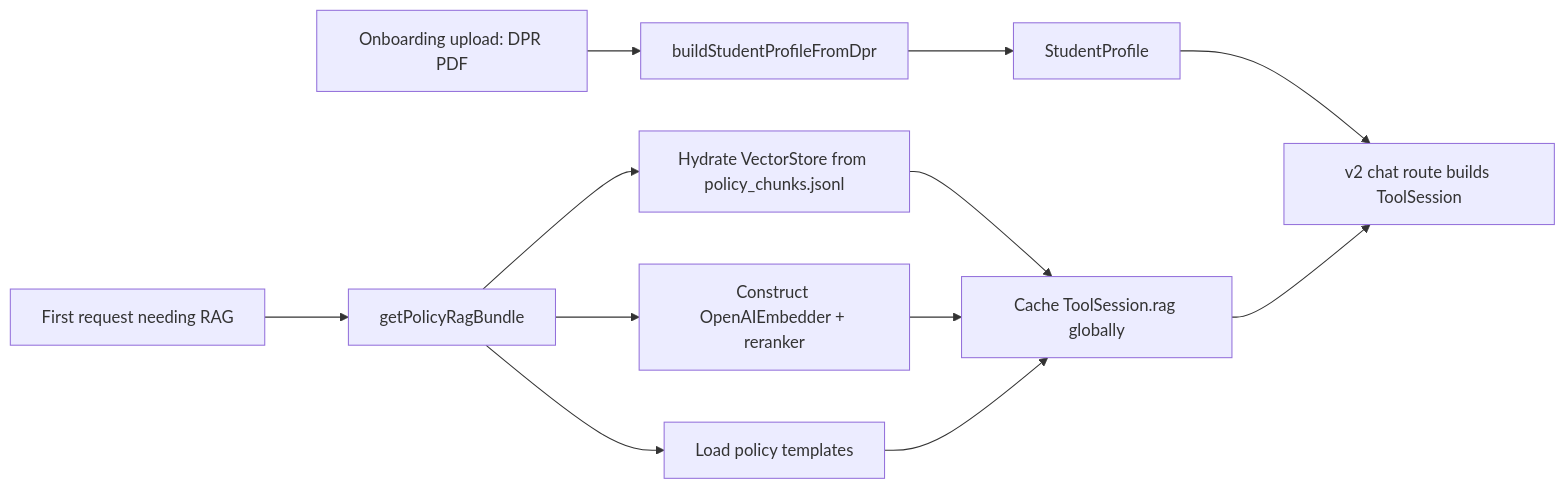
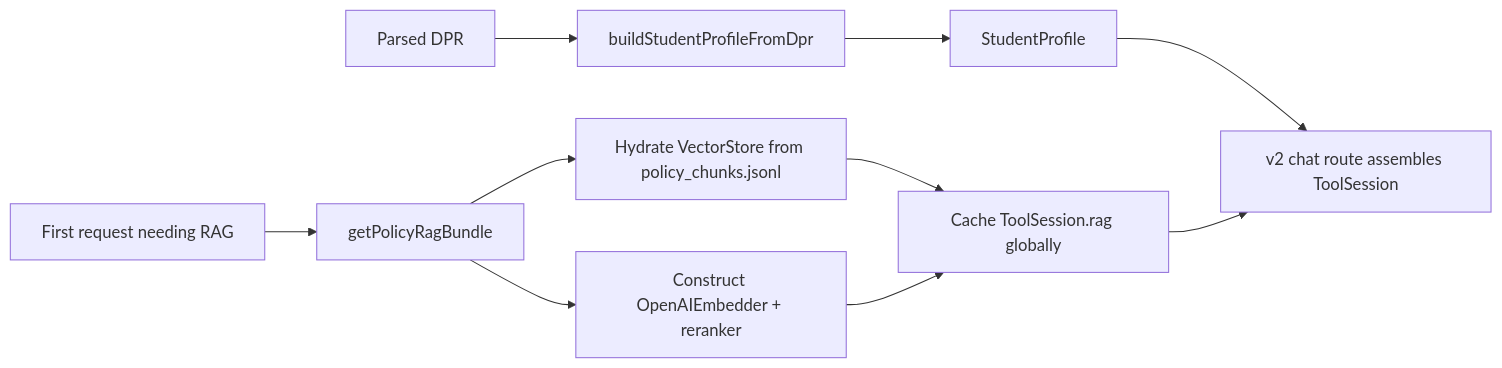
Before and after one commit to EdoardoMongardi/NYU_Path: the second of 3 diagrams in Docs/current-system/web/build-session.md, drawn with Mermaid. The commit also changed other lines of this file and 73 other files, not shown here.

````diff
--- a/Docs/current-system/web/build-session.md
+++ b/Docs/current-system/web/build-session.md
@@ -25,14 +29,12 @@
 ```mermaid
 flowchart LR
-    A[Onboarding upload: DPR PDF] --> B[buildStudentProfileFromDpr]
+    A[Parsed DPR] --> B[buildStudentProfileFromDpr]
     B --> D[StudentProfile]
-    D --> E[v2 chat route builds ToolSession]
+    D --> E[v2 chat route assembles ToolSession]
     F[First request needing RAG] --> G[getPolicyRagBundle]
     G --> H[Hydrate VectorStore from policy_chunks.jsonl]
     G --> I[Construct OpenAIEmbedder + reranker]
-    G --> J[Load policy templates]
     H --> K[Cache ToolSession.rag globally]
     I --> K
-    J --> K
     K --> E
 ```
````
